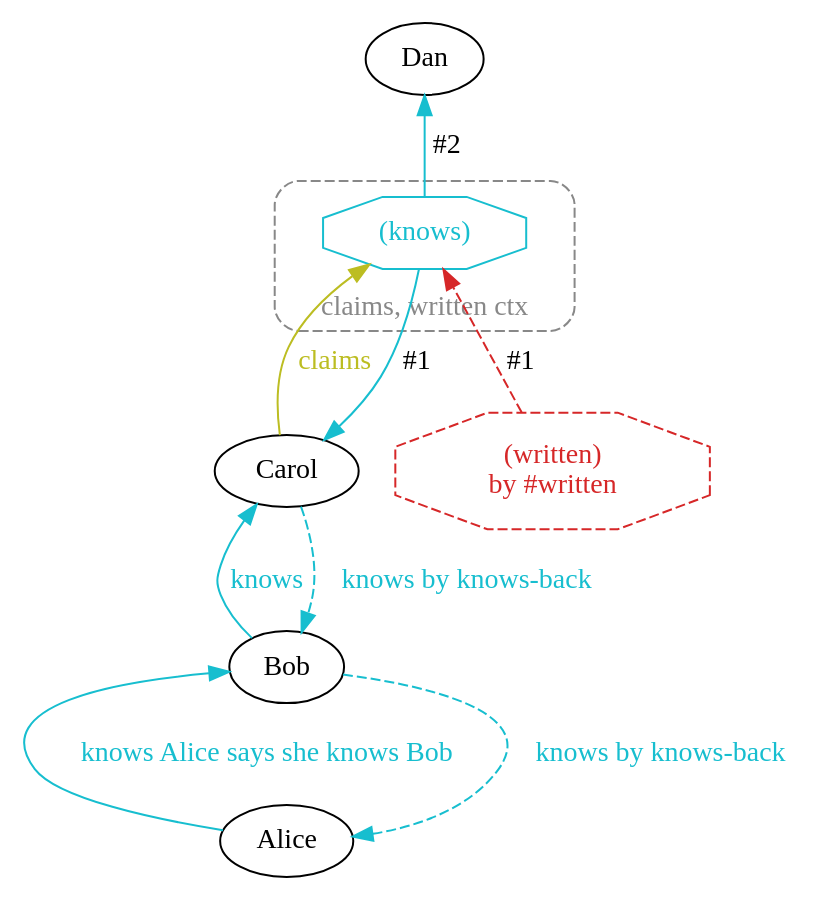
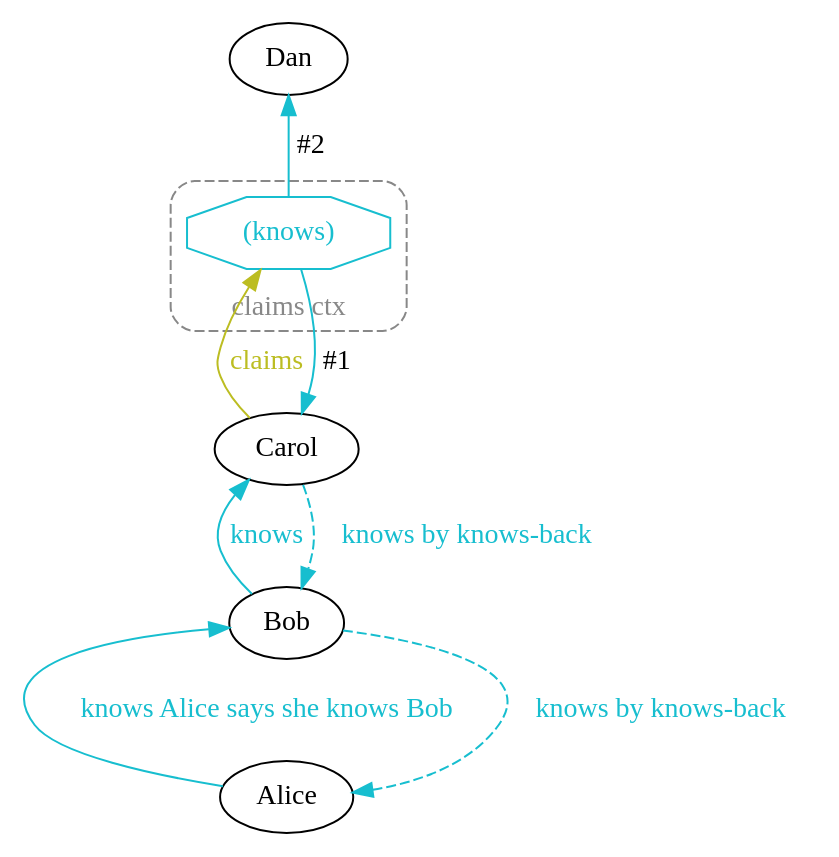
The diagram in docs/ein/user/03-syntax-and-semantics/diagrams/03-program-kb.dot (agutikov/ein), drawn with Graphviz before and after one commit. The commit also changed 250 other files, not shown here.

```diff
--- a/docs/ein/user/03-syntax-and-semantics/diagrams/03-program-kb.dot
+++ b/docs/ein/user/03-syntax-and-semantics/diagrams/03-program-kb.dot
@@ -1,17 +1,15 @@
 digraph kb {
   rankdir=BT;
   "Alice" -> "Bob" [label="knows Alice says she knows Bob", color="#17becf", fontcolor="#17becf", style=solid];
   "Bob" -> "Carol" [label="knows", color="#17becf", fontcolor="#17becf", style=solid];
   "Carol" -> f_49646612cf [label="claims", color="#bcbd22", fontcolor="#bcbd22", style=solid];
-  f_2b1fa186fb [shape=octagon, label="(written)\nby #written", color="#d62728", fontcolor="#d62728", style=dashed];
-  f_2b1fa186fb -> f_49646612cf [label="#1", color="#d62728", style=dashed];
   "Bob" -> "Alice" [label="knows by knows-back", color="#17becf", fontcolor="#17becf", style=dashed];
   "Carol" -> "Bob" [label="knows by knows-back", color="#17becf", fontcolor="#17becf", style=dashed];
   newrank=true;
   subgraph cluster_ctx_0 {
-    label="claims, written ctx"; style="dashed,rounded"; color="#888888"; fontcolor="#888888";
+    label="claims ctx"; style="dashed,rounded"; color="#888888"; fontcolor="#888888";
     f_49646612cf [shape=octagon, label="(knows)", color="#17becf", fontcolor="#17becf", style=solid];
   }
   f_49646612cf -> "Carol" [label="#1", color="#17becf", style=solid];
   f_49646612cf -> "Dan" [label="#2", color="#17becf", style=solid];
 }
```
